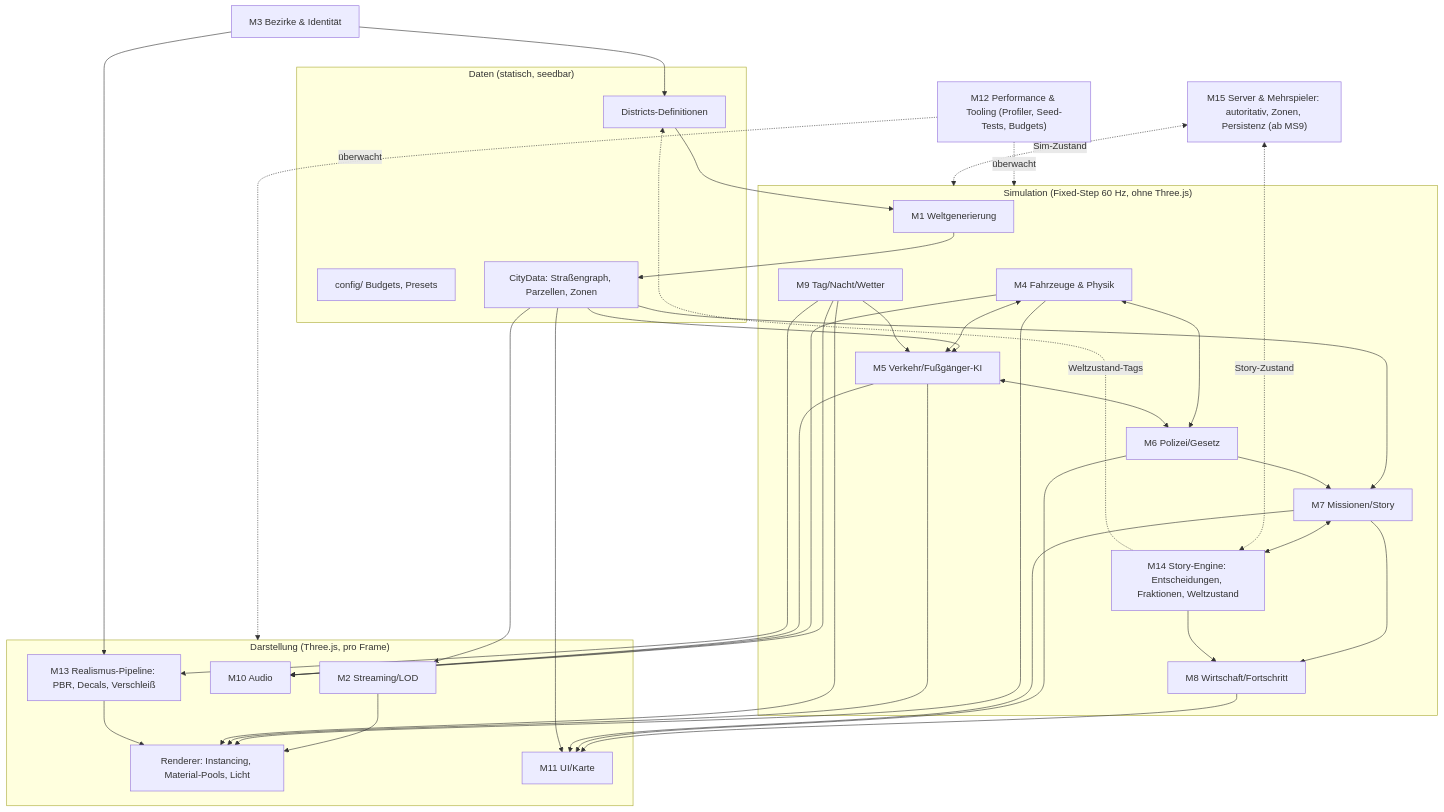
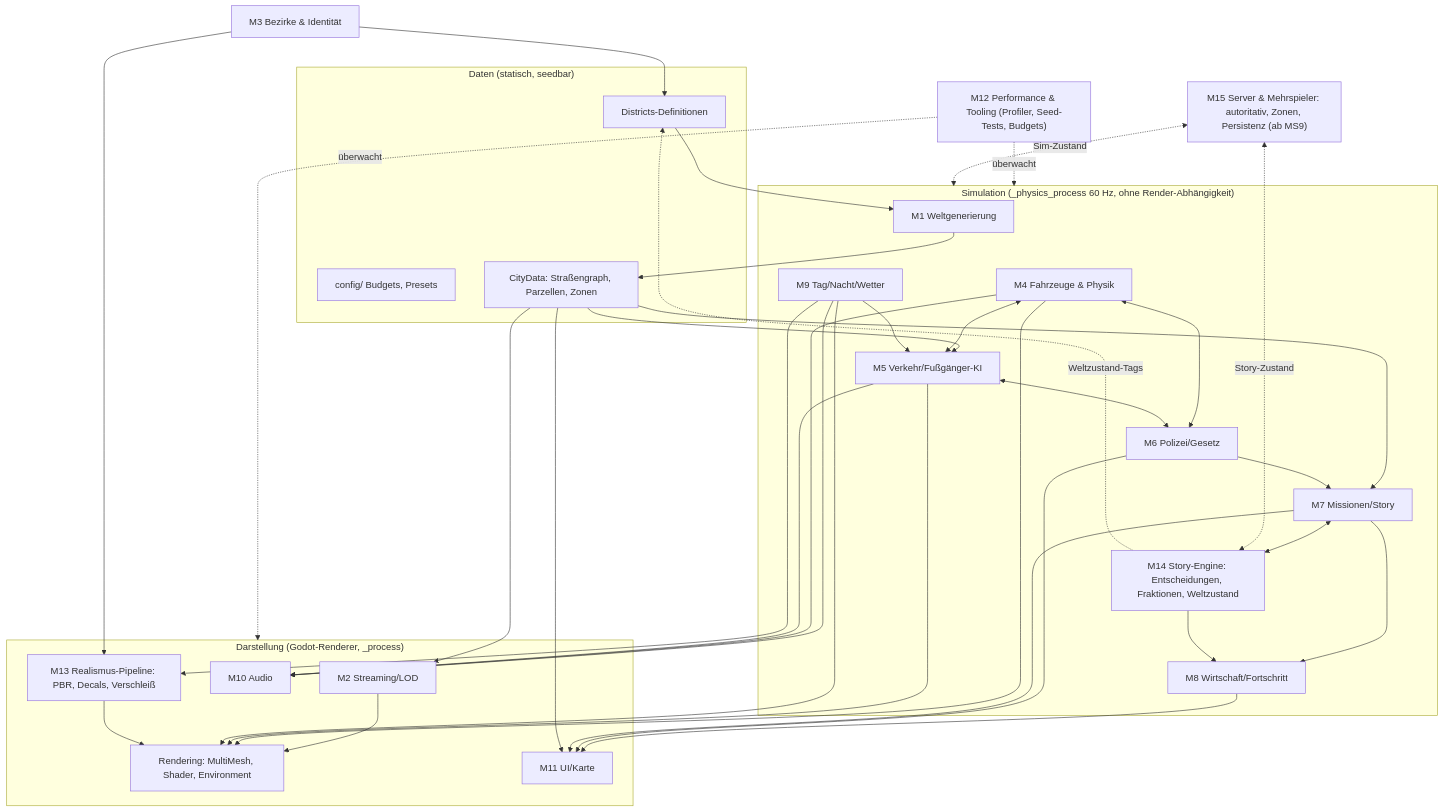
One commit to Martin-Mue/UnrealEngineGameMTA changed the first of 3 diagrams in docs/WELTKONZEPT.md. Above: the diagram before and after it, drawn with Mermaid. The commit also changed other lines of this file and 3 other files, not shown here.

````diff
--- a/docs/WELTKONZEPT.md
+++ b/docs/WELTKONZEPT.md
@@ -75,65 +76,65 @@
 ```mermaid
 flowchart TB
   subgraph DATA["Daten (statisch, seedbar)"]
     CFG["config/ Budgets, Presets"]
     DIS["Districts-Definitionen"]
     CITY["CityData: Straßengraph, Parzellen, Zonen"]
   end
 
-  subgraph SIM["Simulation (Fixed-Step 60 Hz, ohne Three.js)"]
+  subgraph SIM["Simulation (_physics_process 60 Hz, ohne Render-Abhängigkeit)"]
     GEN["M1 Weltgenerierung"]
     VEH["M4 Fahrzeuge & Physik"]
     AI["M5 Verkehr/Fußgänger-KI"]
     LAW["M6 Polizei/Gesetz"]
     MIS["M7 Missionen/Story"]
     ECO["M8 Wirtschaft/Fortschritt"]
     ENV["M9 Tag/Nacht/Wetter"]
     STO["M14 Story-Engine: Entscheidungen, Fraktionen, Weltzustand"]
   end
 
-  subgraph VIEW["Darstellung (Three.js, pro Frame)"]
+  subgraph VIEW["Darstellung (Godot-Renderer, _process)"]
     STR["M2 Streaming/LOD"]
-    REND["Renderer: Instancing, Material-Pools, Licht"]
+    REND["Rendering: MultiMesh, Shader, Environment"]
     AUD["M10 Audio"]
     UI["M11 UI/Karte"]
     REAL["M13 Realismus-Pipeline: PBR, Decals, Verschleiß"]
   end
 
   PERF["M12 Performance & Tooling (Profiler, Seed-Tests, Budgets)"]
   DST["M3 Bezirke & Identität"]
   NET["M15 Server & Mehrspieler: autoritativ, Zonen, Persistenz (ab MS9)"]
 
   GEN --> CITY
   DIS --> GEN
   DST --> DIS
   CITY --> STR
   CITY --> AI
   CITY --> MIS
   STR --> REND
   VEH --> REND
   AI --> REND
   VEH <--> AI
   VEH <--> LAW
   AI <--> LAW
   LAW --> MIS
   MIS --> ECO
   ENV --> REND
   ENV --> AI
   ENV --> AUD
   VEH --> AUD
   AI --> AUD
   ECO --> UI
   LAW --> UI
   MIS --> UI
   CITY --> UI
   PERF -.überwacht.-> SIM
   PERF -.überwacht.-> VIEW
   MIS <--> STO
   STO --> ECO
   STO -.Weltzustand-Tags.-> DIS
   DST --> REAL
   REAL --> REND
   ENV --> REAL
   NET <-.Sim-Zustand.-> SIM
   NET <-.Story-Zustand.-> STO
 ```
````
